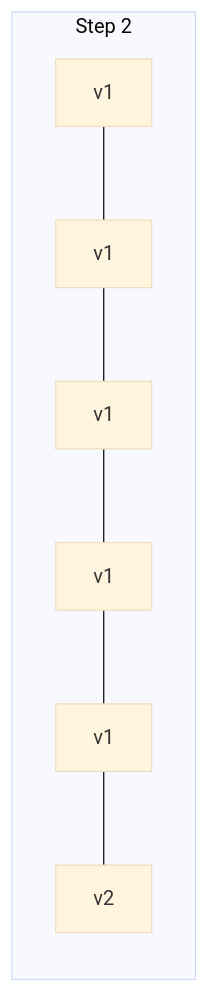
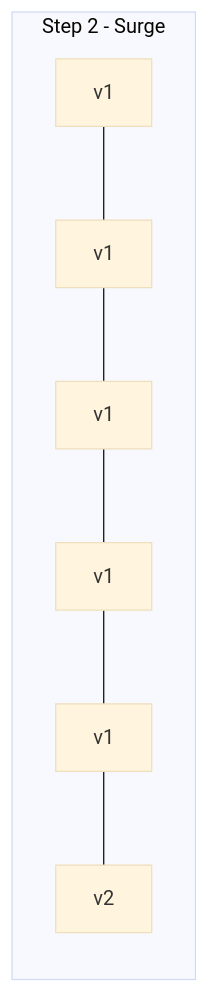
One commit to mortenoh/fastapi-k8s changed the fifth of 9 diagrams in slides.md. Above: the diagram before and after it, drawn with Mermaid (base theme). The commit also changed other lines of this file, not shown here.

````diff
--- a/slides.md
+++ b/slides.md
@@ -429,6 +480,6 @@
 ```mermaid
 graph LR
-    subgraph Step 2
+    subgraph Step 2 - Surge
         B1[v1] --- B2[v1] --- B3[v1] --- B4[v1] --- B5[v1] --- B6[v2]
     end
 ```
````
